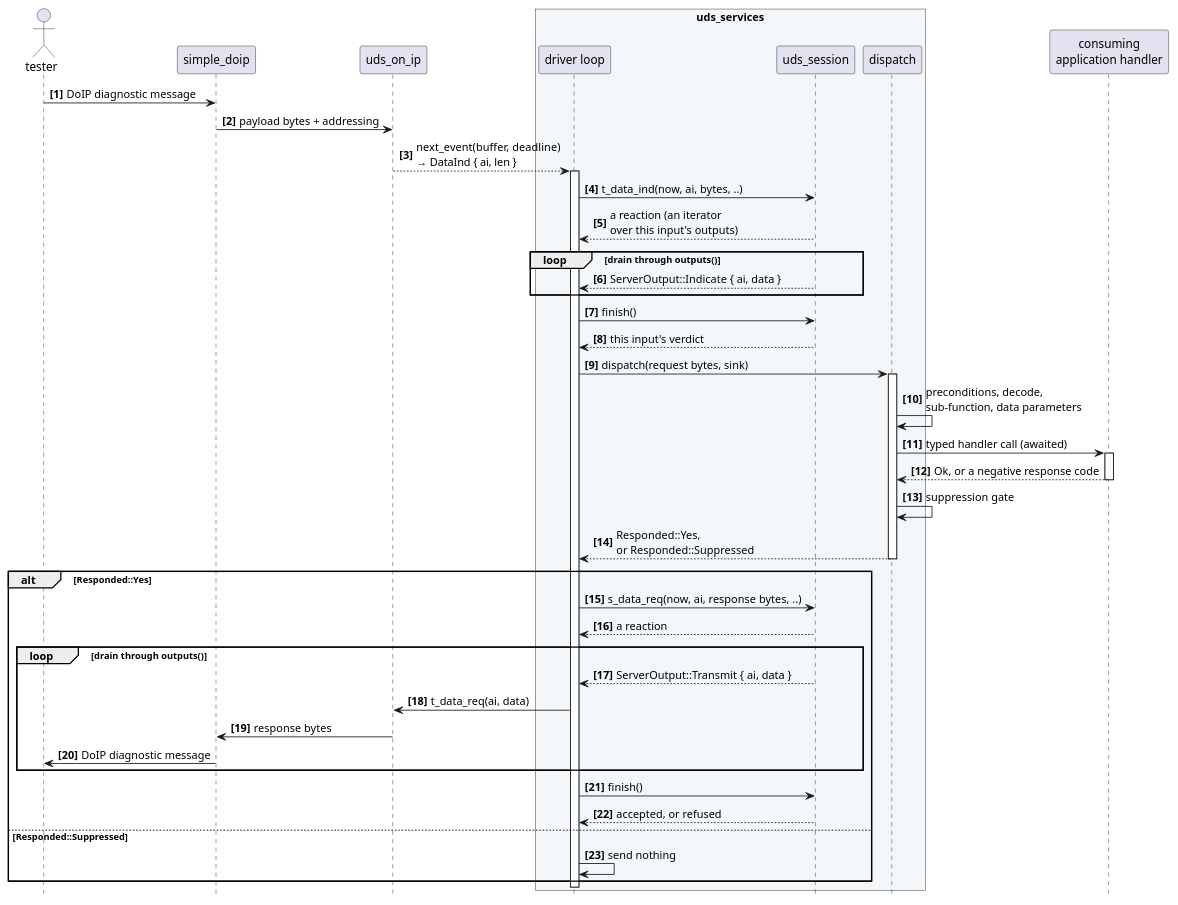
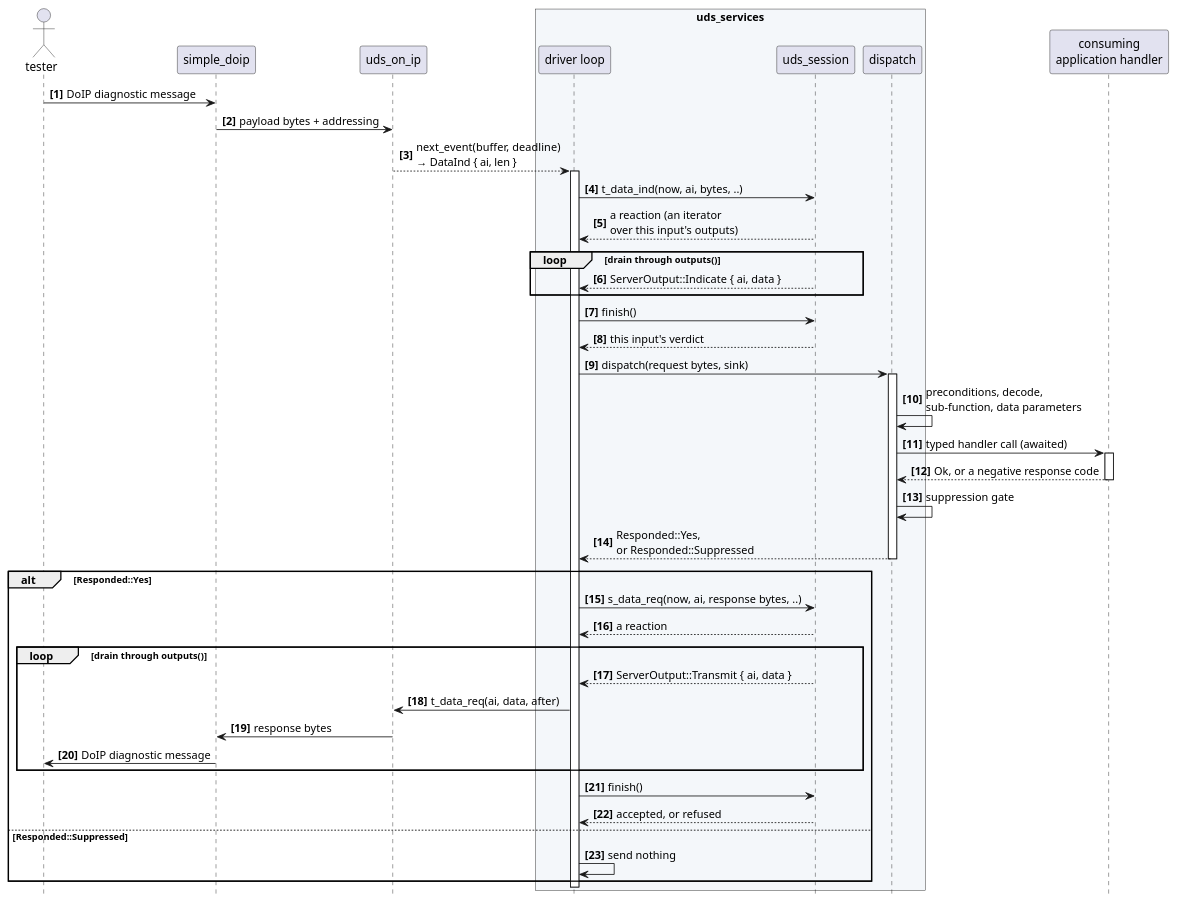
The second of 3 diagrams in docs/architecture/stack-position.rst (luminartech/uds_stack), drawn with PlantUML before and after one commit. The commit also changed other lines of this file and 31 other files, not shown here.

```diff
--- a/docs/architecture/stack-position.rst
+++ b/docs/architecture/stack-position.rst
@@ -429,58 +431,58 @@
 .. uml::
    :align: center
    :caption: One physically addressed request reaching a server, from the wire to a
              handler and back. The client-side path is in :doc:`client-surface`.
 
    @startuml
    autonumber "<b>[0]"
    hide footbox
 
    actor tester as T
    participant "simple_doip" as D
    participant "uds_on_ip" as I
    box "uds_services" #F4F7FA
      participant "driver loop" as L
      participant "uds_session" as S
      participant "dispatch" as V
    end box
    participant "consuming\napplication handler" as H
 
    T -> D : DoIP diagnostic message
    D -> I : payload bytes + addressing
    I --> L : next_event(buffer, deadline)\n→ DataInd { ai, len }
    activate L
    L -> S : t_data_ind(now, ai, bytes, ..)
    S --> L : a reaction (an iterator\nover this input's outputs)
    loop drain through outputs()
      S --> L : ServerOutput::Indicate { ai, data }
    end
    L -> S : finish()
    S --> L : this input's verdict
    L -> V : dispatch(request bytes, sink)
    activate V
 
    V -> V : preconditions, decode,\nsub-function, data parameters
    V -> H : typed handler call (awaited)
    activate H
    H --> V : Ok, or a negative response code
    deactivate H
    V -> V : suppression gate
    V --> L : Responded::Yes,\nor Responded::Suppressed
    deactivate V
 
    alt Responded::Yes
      L -> S : s_data_req(now, ai, response bytes, ..)
      S --> L : a reaction
      loop drain through outputs()
        S --> L : ServerOutput::Transmit { ai, data }
-       L -> I : t_data_req(ai, data)
+       L -> I : t_data_req(ai, data, after)
        I -> D : response bytes
        D -> T : DoIP diagnostic message
      end
      L -> S : finish()
      S --> L : accepted, or refused
    else Responded::Suppressed
      L -> L : send nothing
    end
    deactivate L
    @enduml
```
